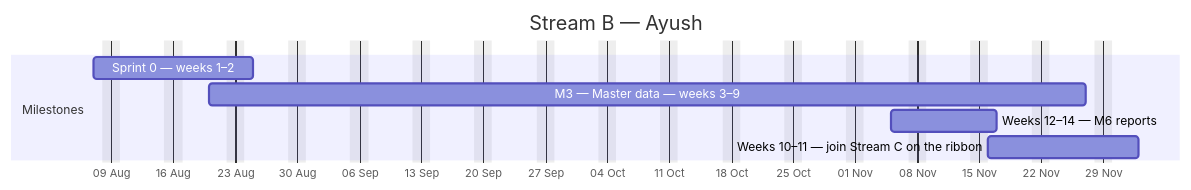
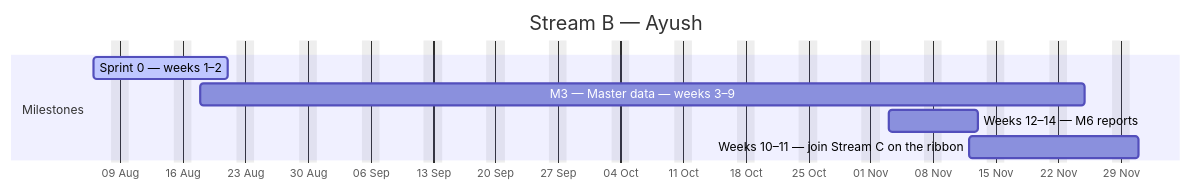
Before and after one commit to debashisedunext/EduTrack: the second of 4 diagrams in docs/plan/GANTT.md, drawn with Mermaid. The commit also changed other lines of this file and 3 other files, not shown here.

````diff
--- a/docs/plan/GANTT.md
+++ b/docs/plan/GANTT.md
@@ -147,12 +143,12 @@
 ```mermaid
 gantt
     dateFormat YYYY-MM-DD
     axisFormat %d %b
     title Stream B — Ayush
     excludes weekends
     section Milestones
-    Sprint 0 — weeks 1–2 :b0, 2026-08-07, 12d
-    M3 — Master data — weeks 3–9 :b1, 2026-08-20, 71d
-    Weeks 12–14 — M6 reports :b2, 2026-11-05, 8d
-    Weeks 10–11 — join Stream C on the ribbon :b3, 2026-11-16, 13d
+    Sprint 0 — weeks 1–2 :active, b0, 2026-08-06, 11d
+    M3 — Master data — weeks 3–9 :b1, 2026-08-18, 71d
+    Weeks 12–14 — M6 reports :b2, 2026-11-03, 8d
+    Weeks 10–11 — join Stream C on the ribbon :b3, 2026-11-12, 13d
 ```
````
